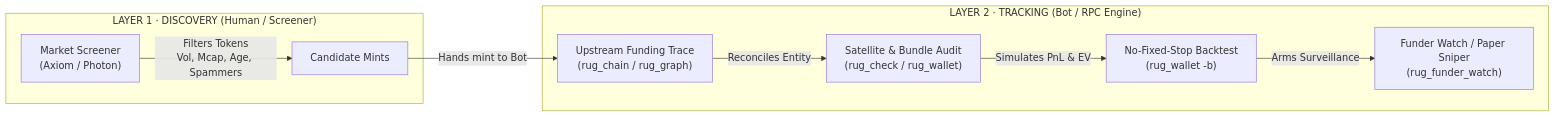
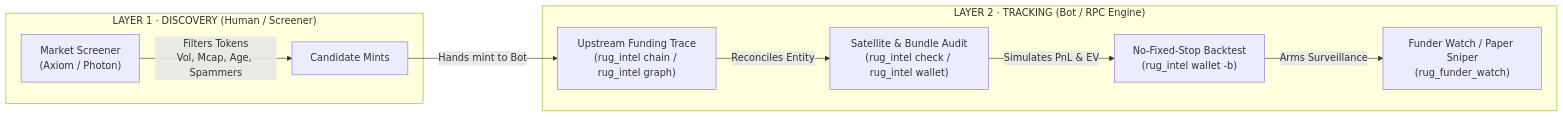
Before and after one commit to simowment/pumpfun-bonkfun-bot: the first of 2 diagrams in docs/MEMECOIN_BIBLE_OPERATOR_GUIDE.md, drawn with Mermaid. The commit also changed other lines of this file and 30 other files, not shown here.

First line of the commit message:
refactor: rug_intel — one command for all operator/cabal/rugger analysis

````diff
--- a/docs/MEMECOIN_BIBLE_OPERATOR_GUIDE.md
+++ b/docs/MEMECOIN_BIBLE_OPERATOR_GUIDE.md
@@ -23,12 +23,12 @@
 ```mermaid
 flowchart LR
     subgraph Layer1["LAYER 1 · DISCOVERY (Human / Screener)"]
         A["Market Screener<br/>(Axiom / Photon)"] -->|"Filters Tokens<br/>Vol, Mcap, Age, Spammers"| B["Candidate Mints"]
     end
     subgraph Layer2["LAYER 2 · TRACKING (Bot / RPC Engine)"]
-        B -->|"Hands mint to Bot"| C["Upstream Funding Trace<br/>(rug_chain / rug_graph)"]
-        C -->|"Reconciles Entity"| D["Satellite & Bundle Audit<br/>(rug_check / rug_wallet)"]
-        D -->|"Simulates PnL & EV"| E["No-Fixed-Stop Backtest<br/>(rug_wallet -b)"]
+        B -->|"Hands mint to Bot"| C["Upstream Funding Trace<br/>(rug_intel chain / rug_intel graph)"]
+        C -->|"Reconciles Entity"| D["Satellite & Bundle Audit<br/>(rug_intel check / rug_intel wallet)"]
+        D -->|"Simulates PnL & EV"| E["No-Fixed-Stop Backtest<br/>(rug_intel wallet -b)"]
         E -->|"Arms Surveillance"| F["Funder Watch / Paper Sniper<br/>(rug_funder_watch)"]
     end
 ```
````
